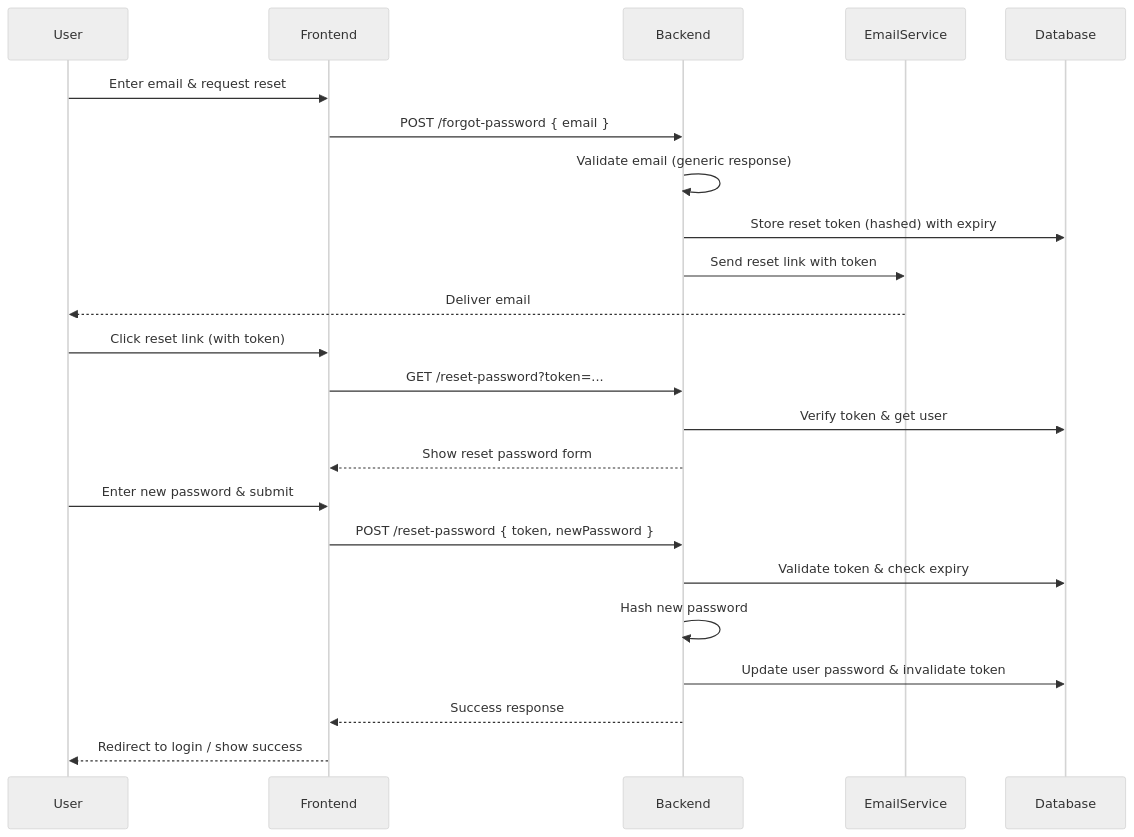
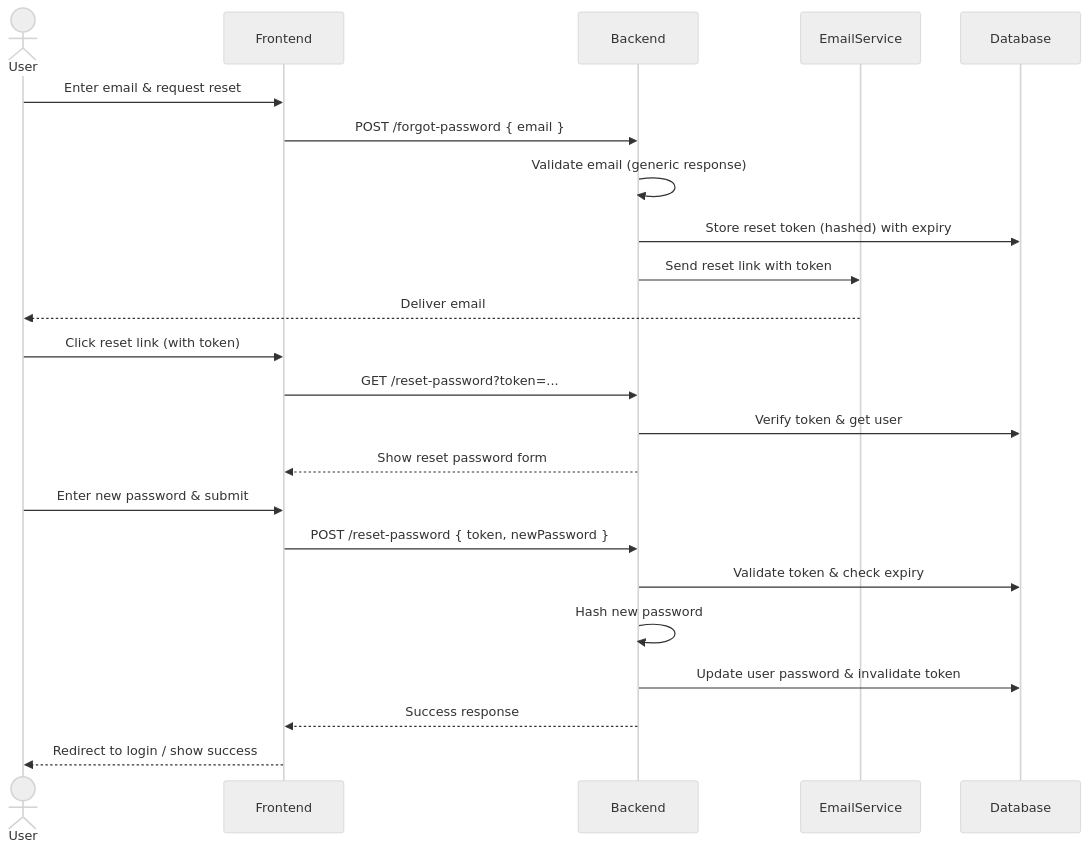
The diagram in examples/docs/Forgot Password.md (zola8/fastapi-auth-lib), drawn with Mermaid (neutral theme) before and after one commit. The commit also changed 11 other files, not shown here.

````diff
--- a/examples/docs/Forgot Password.md
+++ b/examples/docs/Forgot Password.md
@@ -48,25 +48,25 @@
 ```mermaid
 sequenceDiagram
-    participant User
+    actor User
     participant Frontend
     participant Backend
     participant EmailService
     participant Database
     User ->> Frontend: Enter email & request reset
     Frontend ->> Backend: POST /forgot-password { email }
     Backend ->> Backend: Validate email (generic response)
     Backend ->> Database: Store reset token (hashed) with expiry
     Backend ->> EmailService: Send reset link with token
     EmailService -->> User: Deliver email
     User ->> Frontend: Click reset link (with token)
     Frontend ->> Backend: GET /reset-password?token=...
     Backend ->> Database: Verify token & get user
     Backend -->> Frontend: Show reset password form
     User ->> Frontend: Enter new password & submit
     Frontend ->> Backend: POST /reset-password { token, newPassword }
     Backend ->> Database: Validate token & check expiry
     Backend ->> Backend: Hash new password
     Backend ->> Database: Update user password & invalidate token
     Backend -->> Frontend: Success response
     Frontend -->> User: Redirect to login / show success
 ```
````
